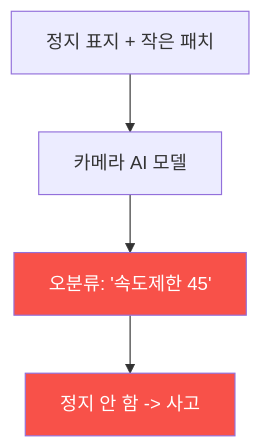
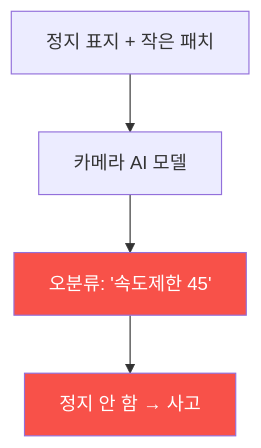
Before and after one commit to mrgrit/tw2: the diagram in contents/training/autonomous-systems/lecture_week07.md, drawn with Mermaid. The commit also changed other lines of this file, not shown here.

````diff
--- a/contents/training/autonomous-systems/lecture_week07.md
+++ b/contents/training/autonomous-systems/lecture_week07.md
@@ -54,8 +54,8 @@
 ```mermaid
 graph TD
     S["정지 표지 + 작은 패치"] --> M["카메라 AI 모델"]
     M --> W["오분류: '속도제한 45'"]
-    W --> A["정지 안 함 -> 사고"]
+    W --> A["정지 안 함 → 사고"]
     style W fill:#f85149,color:#fff
     style A fill:#f85149,color:#fff
 ```
````
